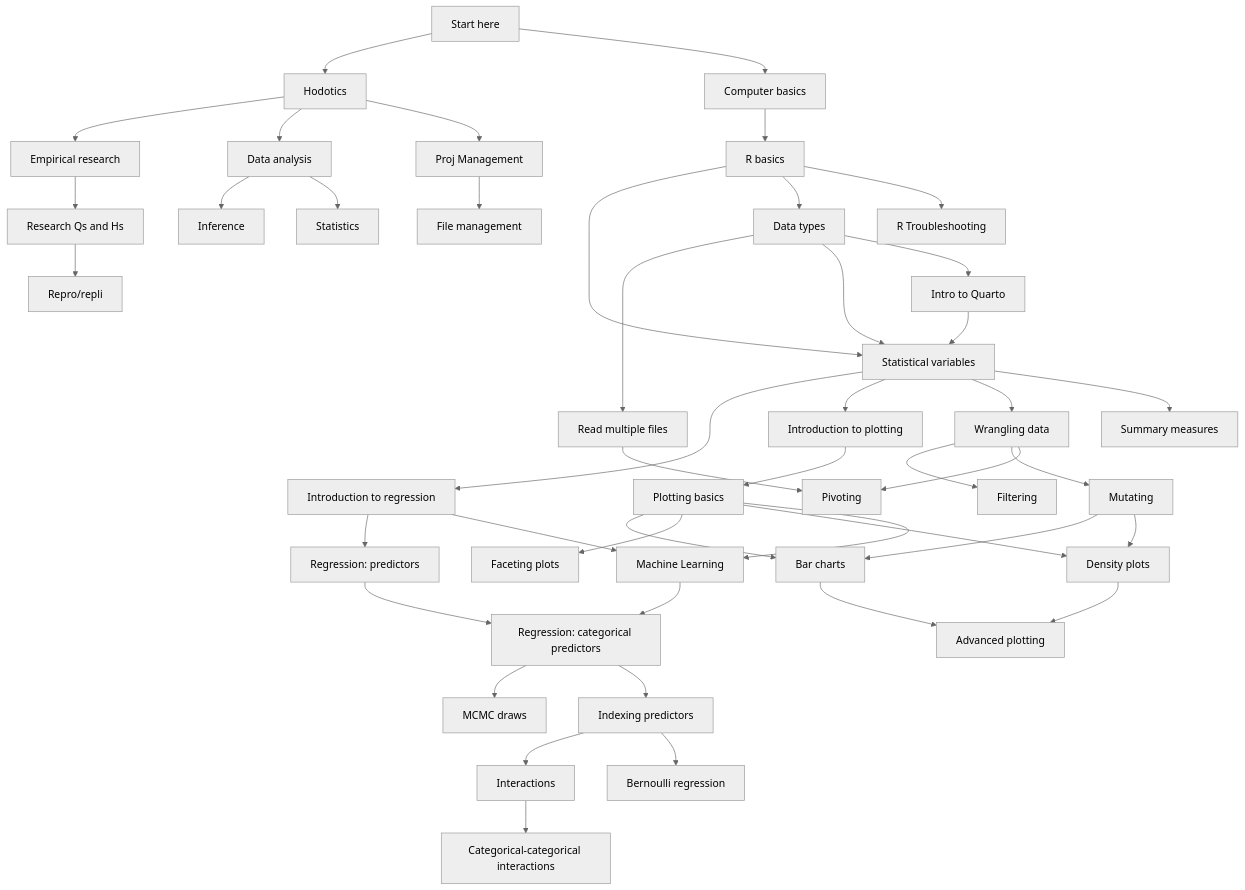
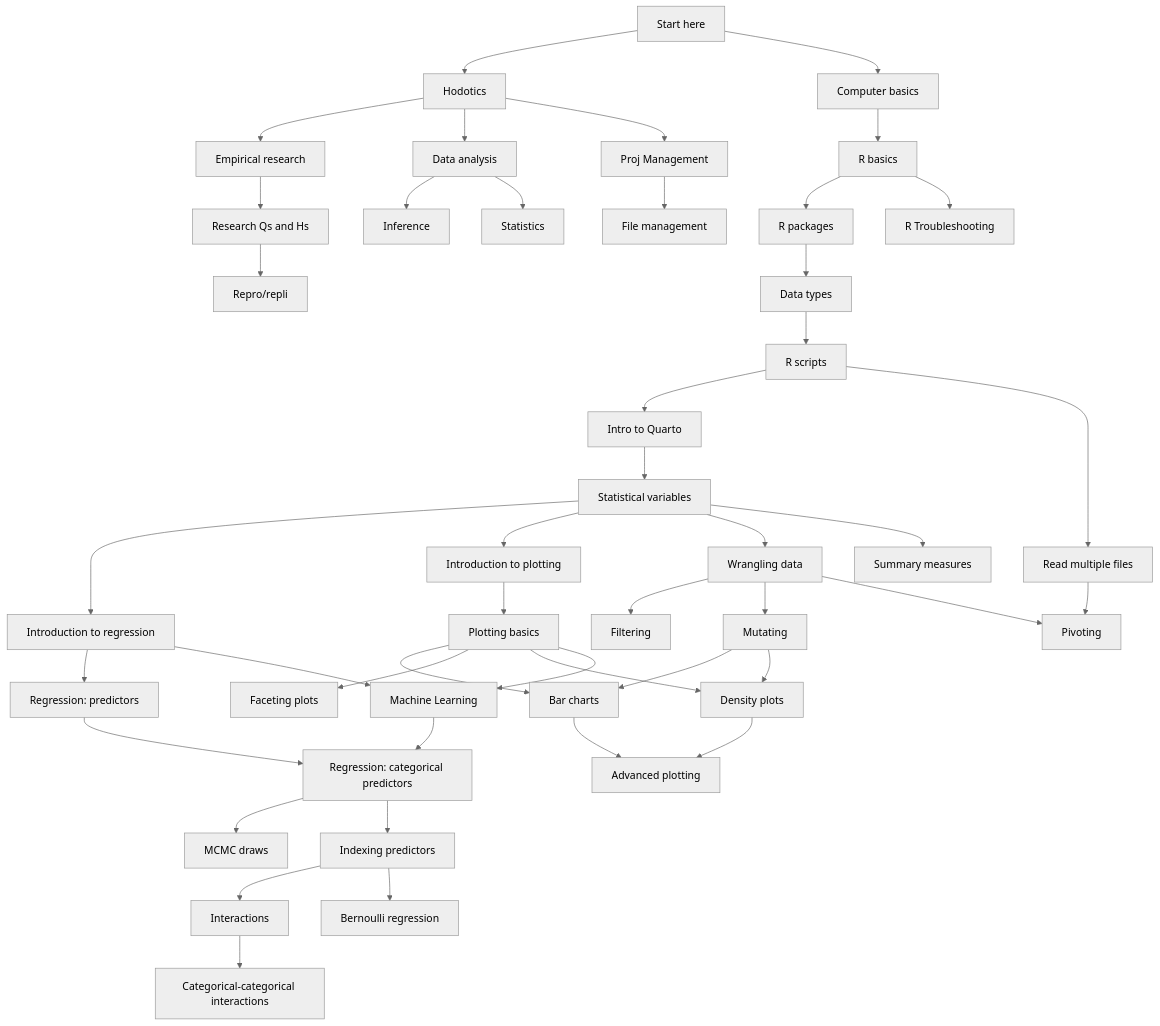
The diagram in map.qmd (uoelel/qml), drawn with Mermaid (neutral theme) before and after one commit. The commit also changed 400 other files, not shown here.

```diff
--- a/map.qmd
+++ b/map.qmd
@@ -74,6 +74,10 @@
   
   AL[Machine Learning]
   click AL href "posts/machine-learning.html" "Go to page"
+  AM[R scripts]
+  click AM href "posts/scripts.html" "Go to page"
+  AN[R packages]
+  click AN href "posts/packages.html" "Go to page"
   
   R[Regression: predictors]
   click R href "posts/intro-regression-predictors.html" "Go to page"
@@ -100,9 +104,11 @@
   
   C --> D
   
-  D --> E & H & G
+  D --> AN & G
+  AN --> H
   
-  H --> I & E & F
+  H --> AM
+  AM --> F & I
   I --> Q
   
   F --> E
```
